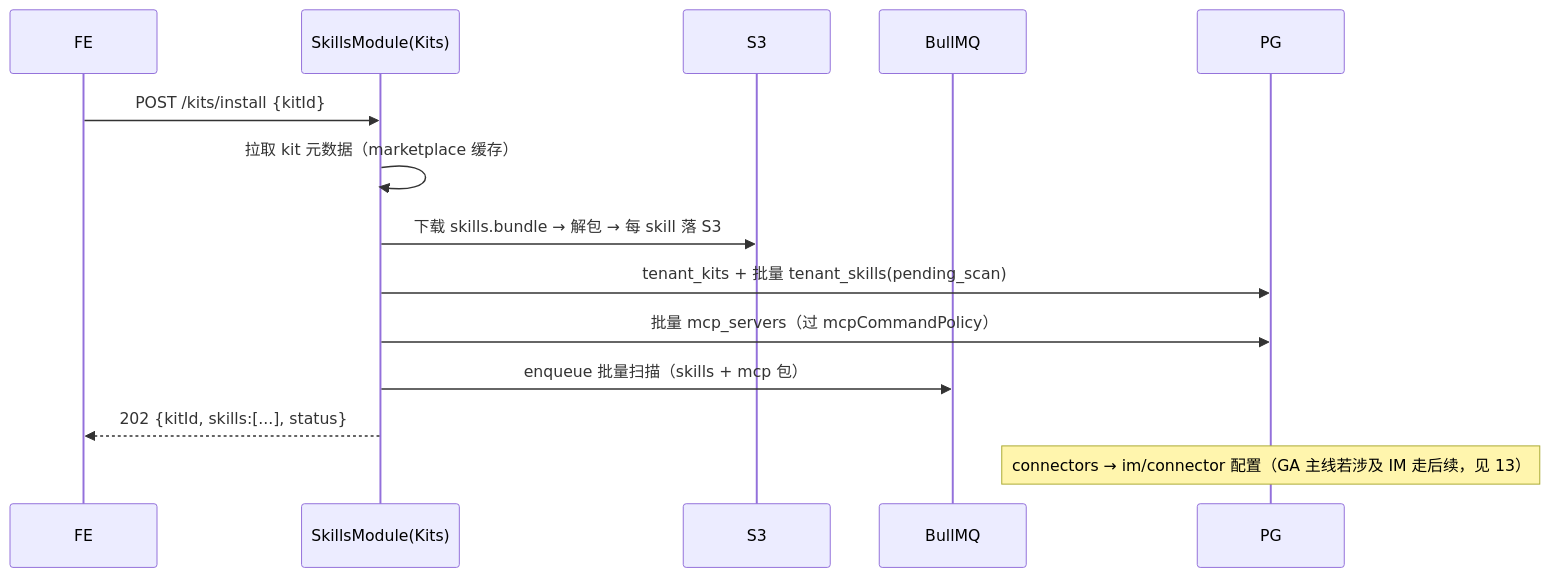
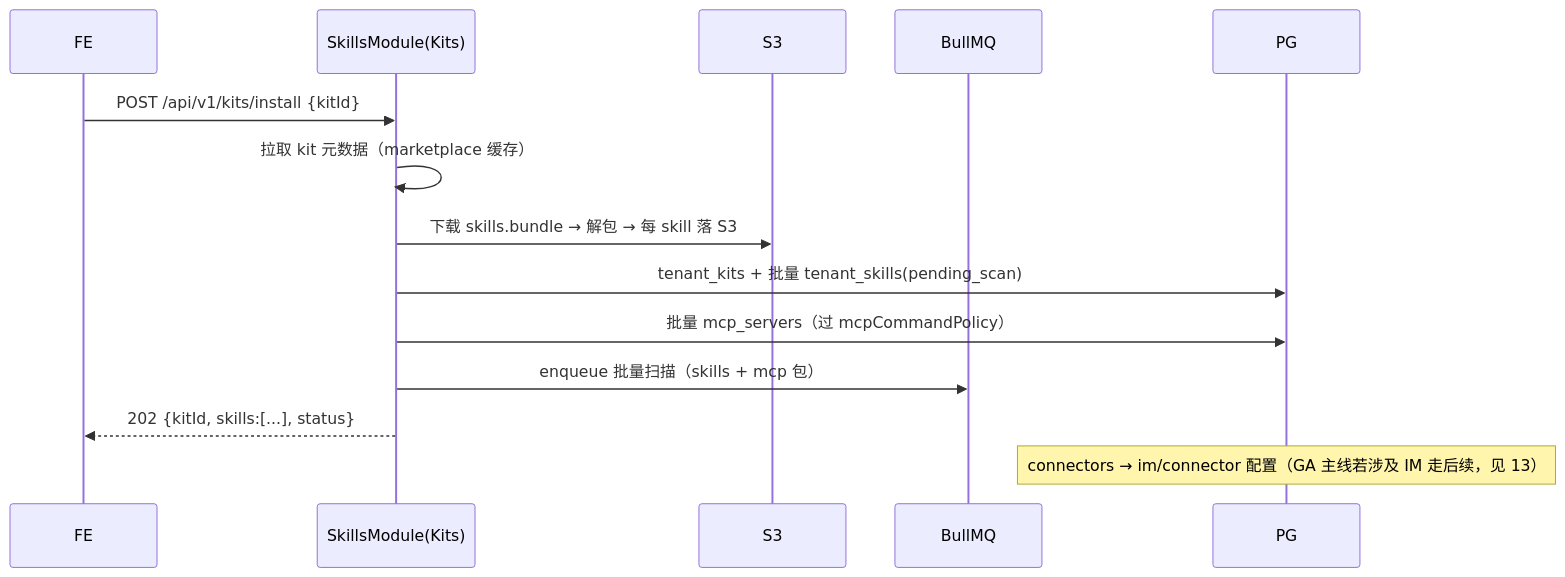
The sixth of 6 diagrams in 改造计划/10-MCP与技能改造.md (edward-ng-duke/LobsterAI), drawn with Mermaid before and after one commit. The commit also changed other lines of this file and 27 other files, not shown here.

````diff
--- a/改造计划/10-MCP与技能改造.md
+++ b/改造计划/10-MCP与技能改造.md
@@ -548,17 +555,17 @@
 ```mermaid
 sequenceDiagram
   participant FE
   participant API as SkillsModule(Kits)
   participant S3
   participant Q as BullMQ
   participant PG
 
-  FE->>API: POST /kits/install {kitId}
+  FE->>API: POST /api/v1/kits/install {kitId}
   API->>API: 拉取 kit 元数据（marketplace 缓存）
   API->>S3: 下载 skills.bundle → 解包 → 每 skill 落 S3
   API->>PG: tenant_kits + 批量 tenant_skills(pending_scan)
   API->>PG: 批量 mcp_servers（过 mcpCommandPolicy）
   API->>Q: enqueue 批量扫描（skills + mcp 包）
   API-->>FE: 202 {kitId, skills:[...], status}
   Note over PG: connectors → im/connector 配置（GA 主线若涉及 IM 走后续，见 13）
 ```
````
